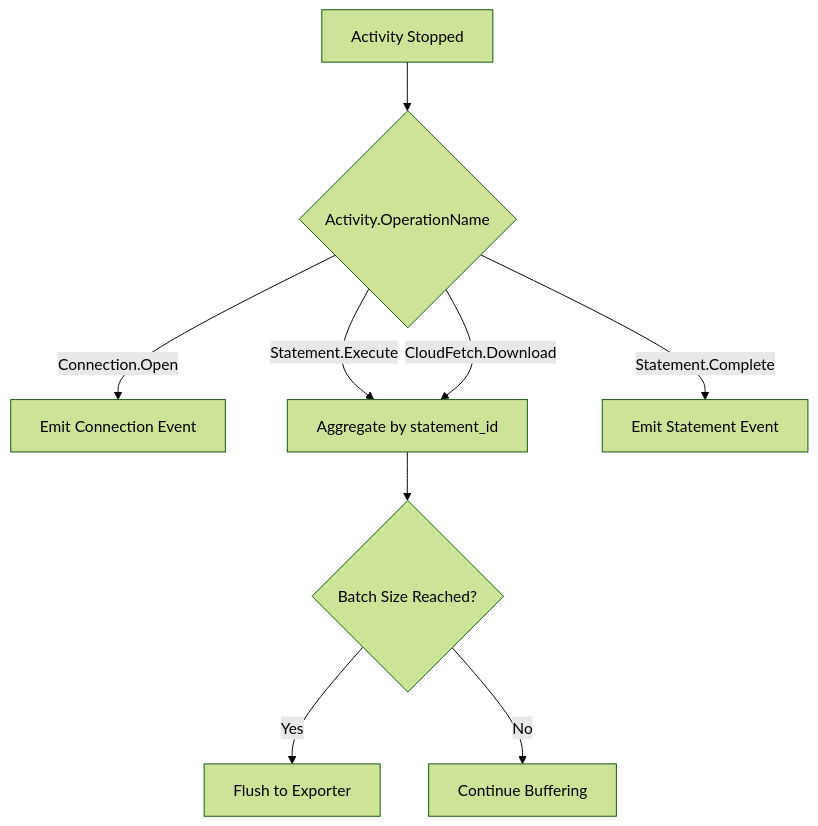
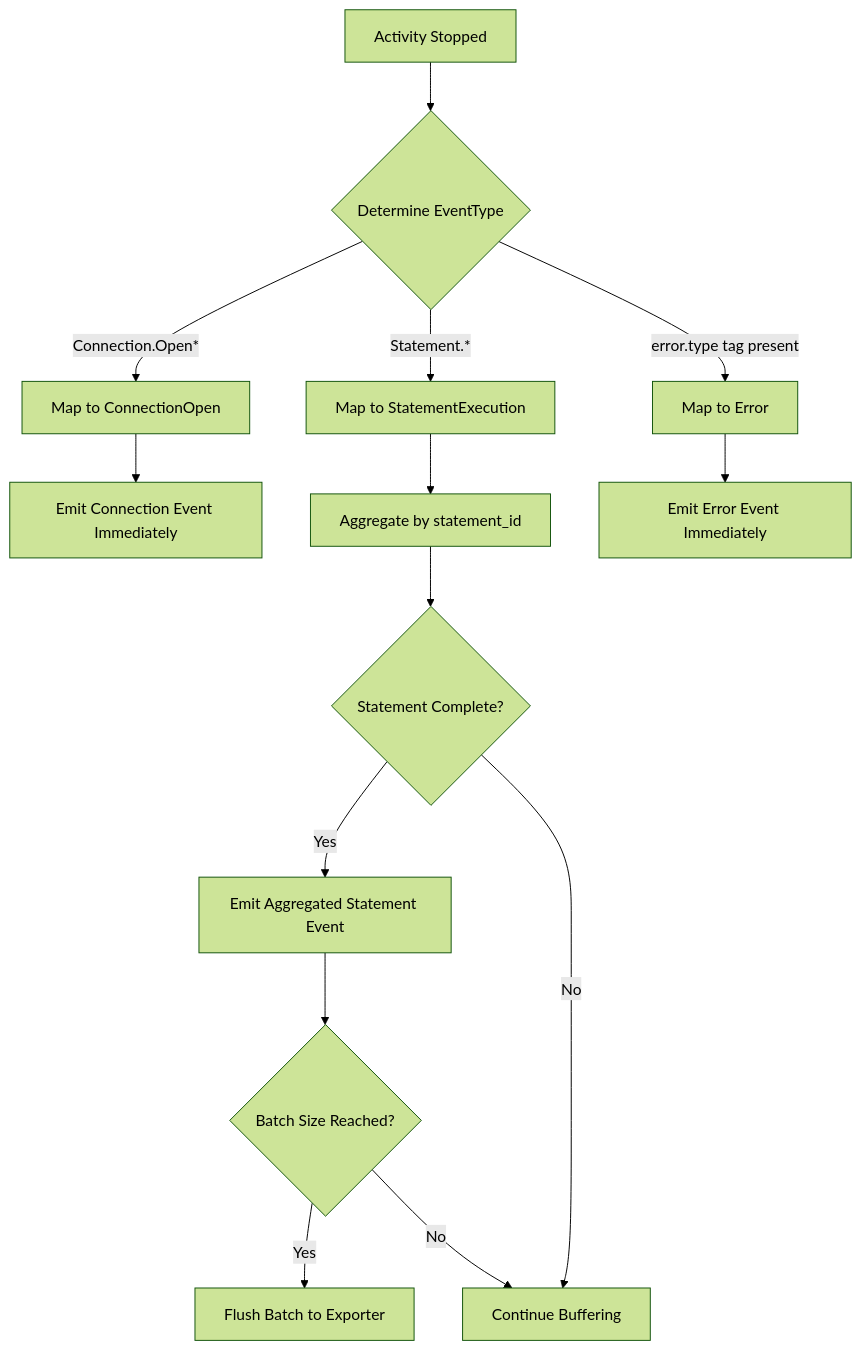
One commit to apache/arrow-adbc changed the third of 6 diagrams in csharp/src/Drivers/Databricks/Telemetry/telemetry-activity-based-design.md. Above: the diagram before and after it, drawn with Mermaid (forest theme). The commit also changed other lines of this file and 3 other files, not shown here.

````diff
--- a/csharp/src/Drivers/Databricks/Telemetry/telemetry-activity-based-design.md
+++ b/csharp/src/Drivers/Databricks/Telemetry/telemetry-activity-based-design.md
@@ -237,12 +239,19 @@
 ```mermaid
 flowchart TD
-    A[Activity Stopped] --> B{Activity.OperationName}
-    B -->|Connection.Open| C[Emit Connection Event]
-    B -->|Statement.Execute| D[Aggregate by statement_id]
-    B -->|CloudFetch.Download| D
-    B -->|Statement.Complete| E[Emit Statement Event]
+    A[Activity Stopped] --> B{Determine EventType}
+    B -->|Connection.Open*| C[Map to ConnectionOpen]
+    B -->|Statement.*| D[Map to StatementExecution]
+    B -->|error.type tag present| E[Map to Error]
 
-    D --> F{Batch Size Reached?}
-    F -->|Yes| G[Flush to Exporter]
-    F -->|No| H[Continue Buffering]
+    C --> F[Emit Connection Event Immediately]
+    D --> G[Aggregate by statement_id]
+    E --> H[Emit Error Event Immediately]
+
+    G --> I{Statement Complete?}
+    I -->|Yes| J[Emit Aggregated Statement Event]
+    I -->|No| K[Continue Buffering]
+
+    J --> L{Batch Size Reached?}
+    L -->|Yes| M[Flush Batch to Exporter]
+    L -->|No| K
 ```
````
